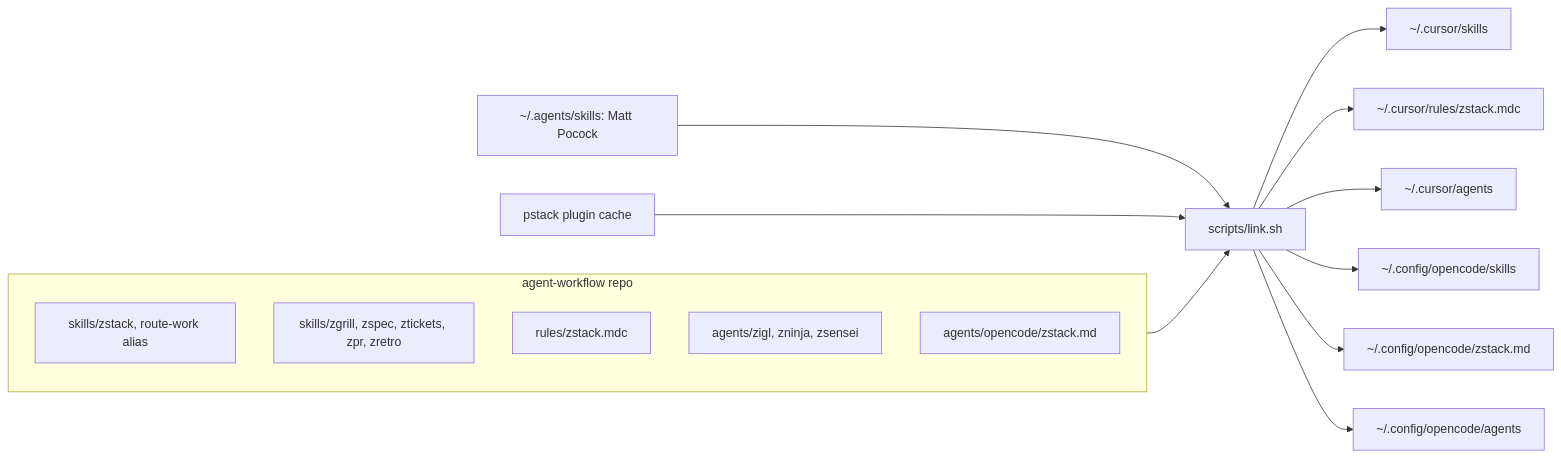
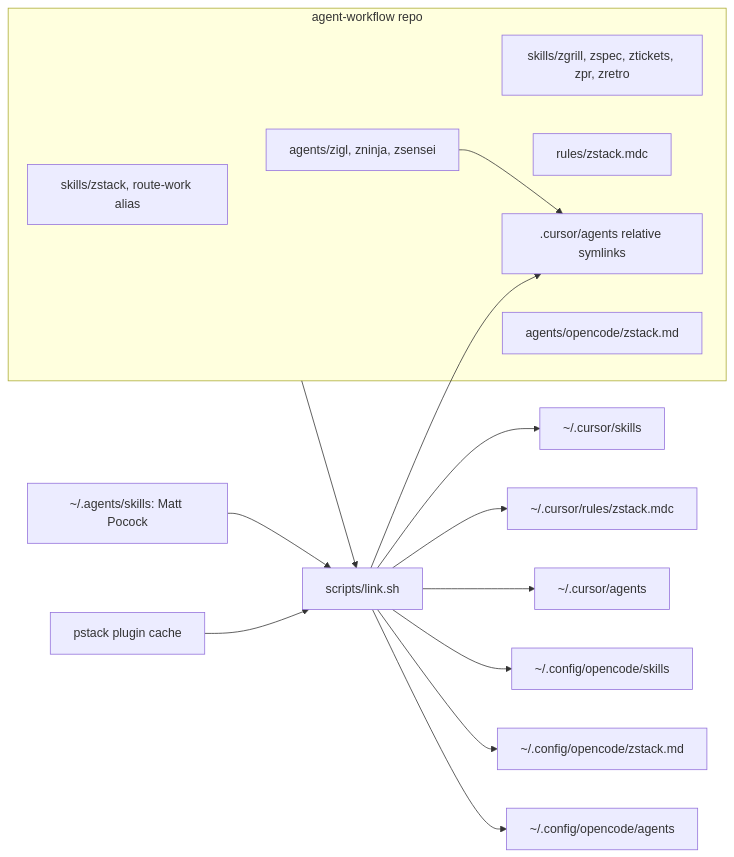
One commit to Byevenes/agent-workflow changed the first of 3 diagrams in docs/architecture.md. Above: the diagram before and after it, drawn with Mermaid. The commit also changed other lines of this file and 9 other files, not shown here.

````diff
--- a/docs/architecture.md
+++ b/docs/architecture.md
@@ -9,20 +9,23 @@
 ```mermaid
 flowchart LR
   subgraph repo[agent-workflow repo]
     sk[skills/zstack, route-work alias]
     wr[skills/zgrill, zspec, ztickets, zpr, zretro]
     ru[rules/zstack.mdc]
     ag[agents/zigl, zninja, zsensei]
+    pa[.cursor/agents relative symlinks]
     oc[agents/opencode/zstack.md]
   end
+  ag --> pa
   link[scripts/link.sh]
   repo --> link
+  link --> pa
   link --> cs[~/.cursor/skills]
   link --> cr[~/.cursor/rules/zstack.mdc]
   link --> ca[~/.cursor/agents]
   link --> os[~/.config/opencode/skills]
   link --> om[~/.config/opencode/zstack.md]
   link --> oa[~/.config/opencode/agents]
   matt[~/.agents/skills: Matt Pocock] --> link
   pstack[pstack plugin cache] --> link
 ```
````
